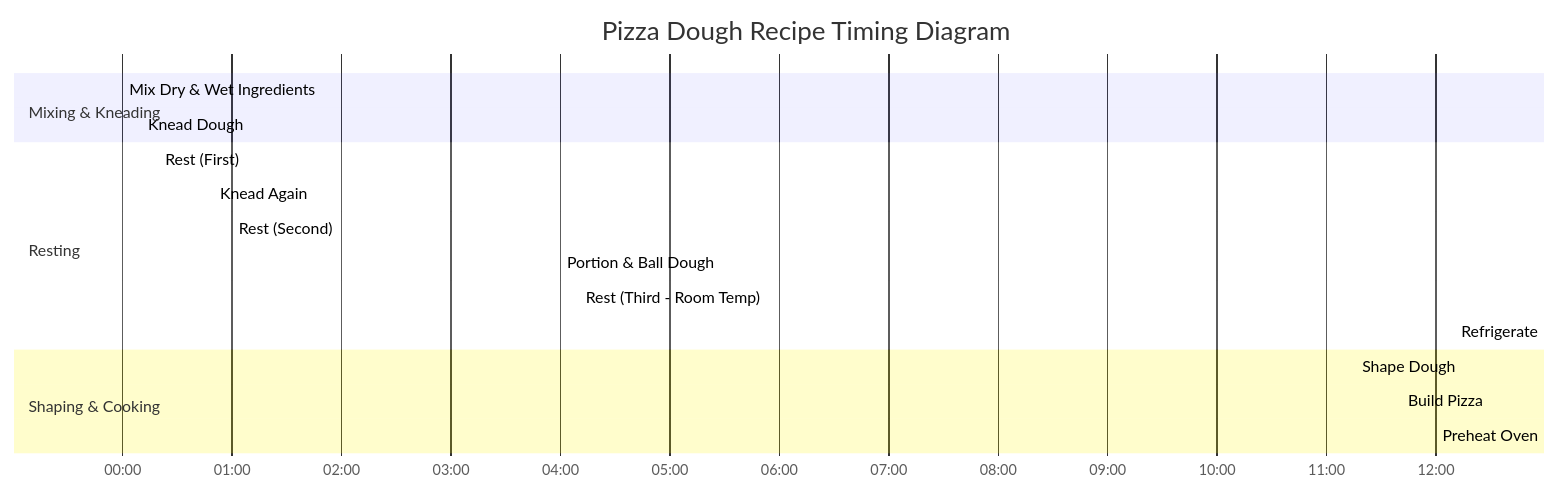
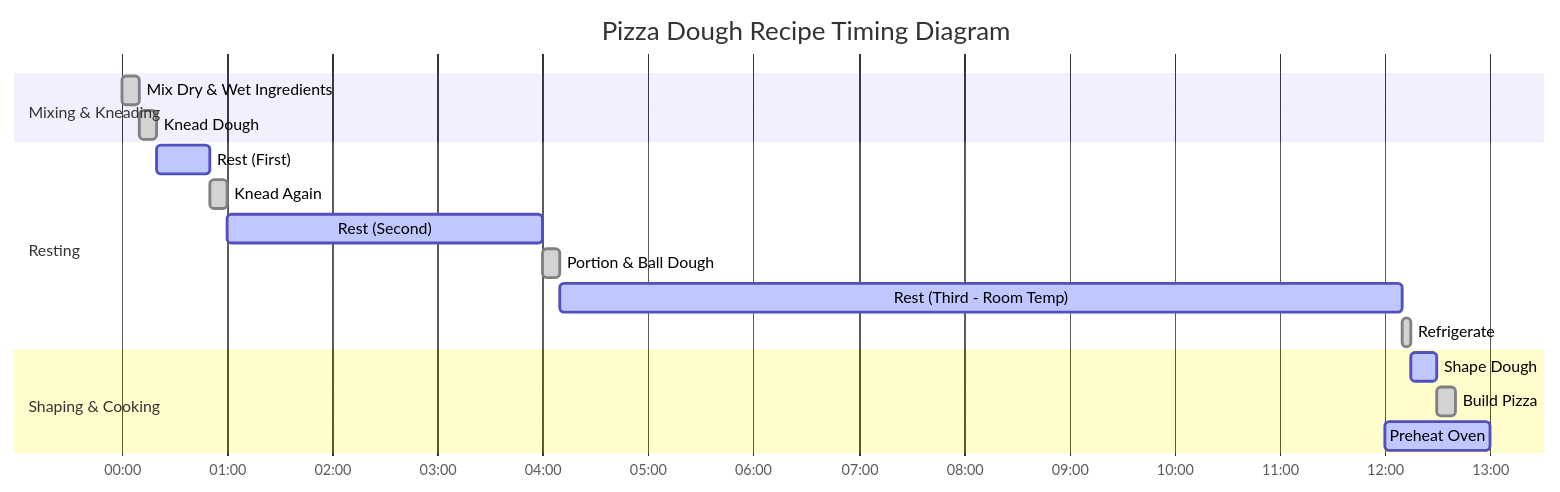
Before and after one commit to pramodhegde/recipes: the diagram in pizza-dough.md, drawn with Mermaid. The commit also changed 2 other files, not shown here.

Commit message:
Further fix the timing diagrams (#8)

````diff
--- a/pizza-dough.md
+++ b/pizza-dough.md
@@ -60,23 +60,23 @@
 ```mermaid
 gantt
     title Pizza Dough Recipe Timing Diagram
 
     dateFormat  HH:mm
     axisFormat  %H:%M
     section Mixing & Kneading
-    Mix Dry & Wet Ingredients:         00:00, 00:10  done  t("Mixing dry and wet ingredients")
-    Knead Dough:                       00:10, 00:20  done  t("Knead dough")
+    Mix Dry & Wet Ingredients            :done,    t1, 00:00, 00:10
+    Knead Dough                          :done,    t2, 00:10, 00:20
 
     section Resting
-    Rest (First):                      00:20, 00:50  active  t("First resting period")
-    Knead Again:                       00:50, 01:00  done  t("Knead again")
-    Rest (Second):                     01:00, 04:00  active  t("Second resting period")
-    Portion & Ball Dough:              04:00, 04:10  done  t("Portion into 200g balls")
-    Rest (Third - Room Temp):          04:10, 12:10  active  t("Room temperature resting")
-    Refrigerate:                       12:10, 12:15  done  t("Refrigerate dough")
+    Rest (First)                         :active,  t3, 00:20, 00:50
+    Knead Again                          :done,    t4, 00:50, 01:00
+    Rest (Second)                        :active,  t5, 01:00, 04:00
+    Portion & Ball Dough                 :done,    t6, 04:00, 04:10
+    Rest (Third - Room Temp)            :active,  t7, 04:10, 12:10
+    Refrigerate                          :done,    t8, 12:10, 12:15
 
     section Shaping & Cooking
-    Shape Dough:                       12:15, 12:30  active  t("Shape dough")
-    Build Pizza:                       12:30, 12:40  done  t("Build pizza")
-    Preheat Oven:                      12:00, 13:00  active  t("Preheat oven")
+    Shape Dough                          :active,  t9, 12:15, 12:30
+    Build Pizza                          :done,    t10, 12:30, 12:40
+    Preheat Oven                         :active,  t11, 12:00, 13:00
 ```
````
